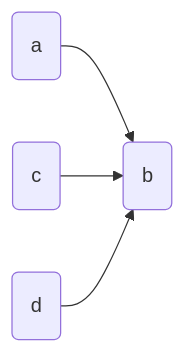
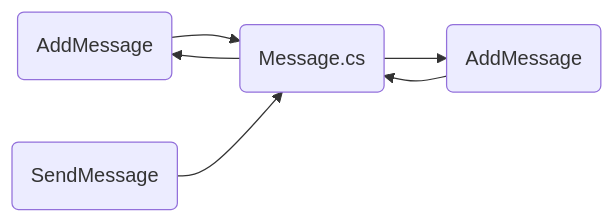
The second of 3 diagrams in README.md (ijh00116/Code-Portfolio_1), drawn with Mermaid before and after one commit.

````diff
--- a/README.md
+++ b/README.md
@@ -48,6 +48,8 @@
 ```mermaid
 graph LR
-a(a)-->b(b)
-c(c)-->b
-d(d)-->b
+A(AddMessage)-->B(Message.cs)
+C(AddMessage)-->B
+D(SendMessage)-->B
+B-->C
+B-->A
 ```
````
